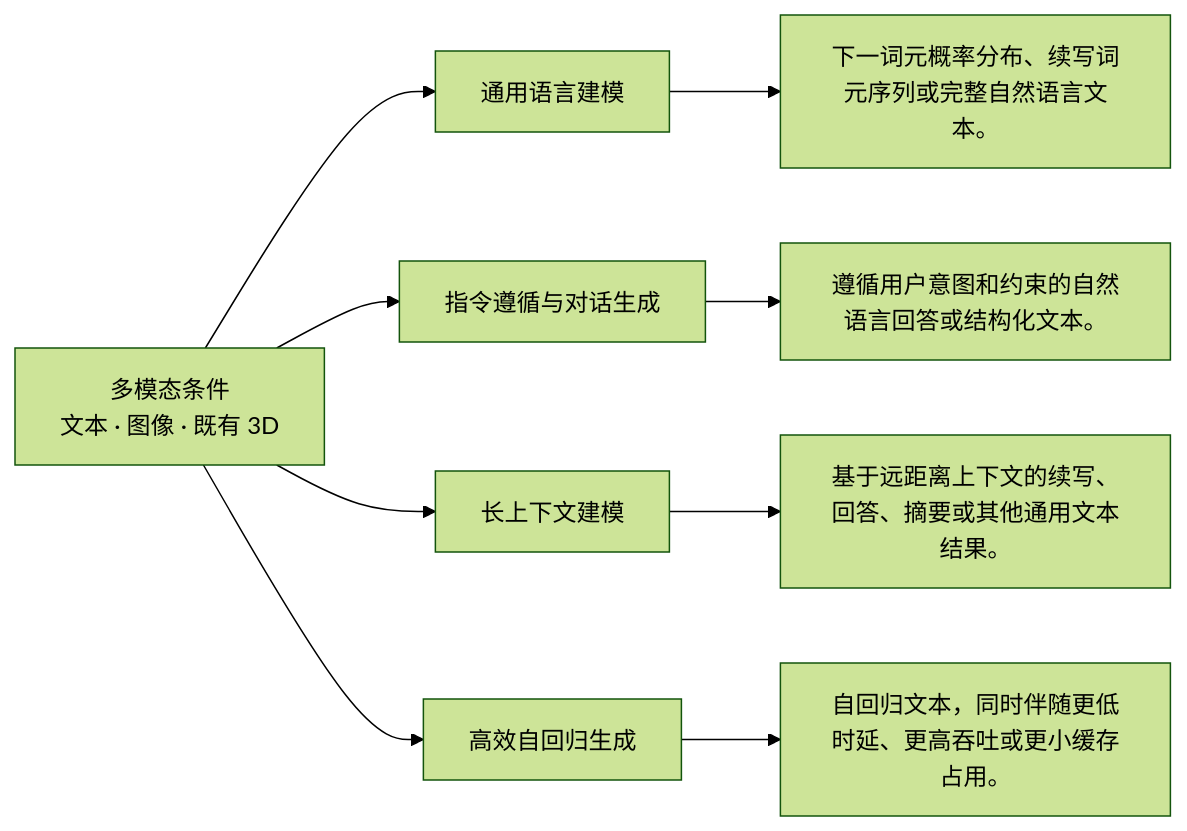
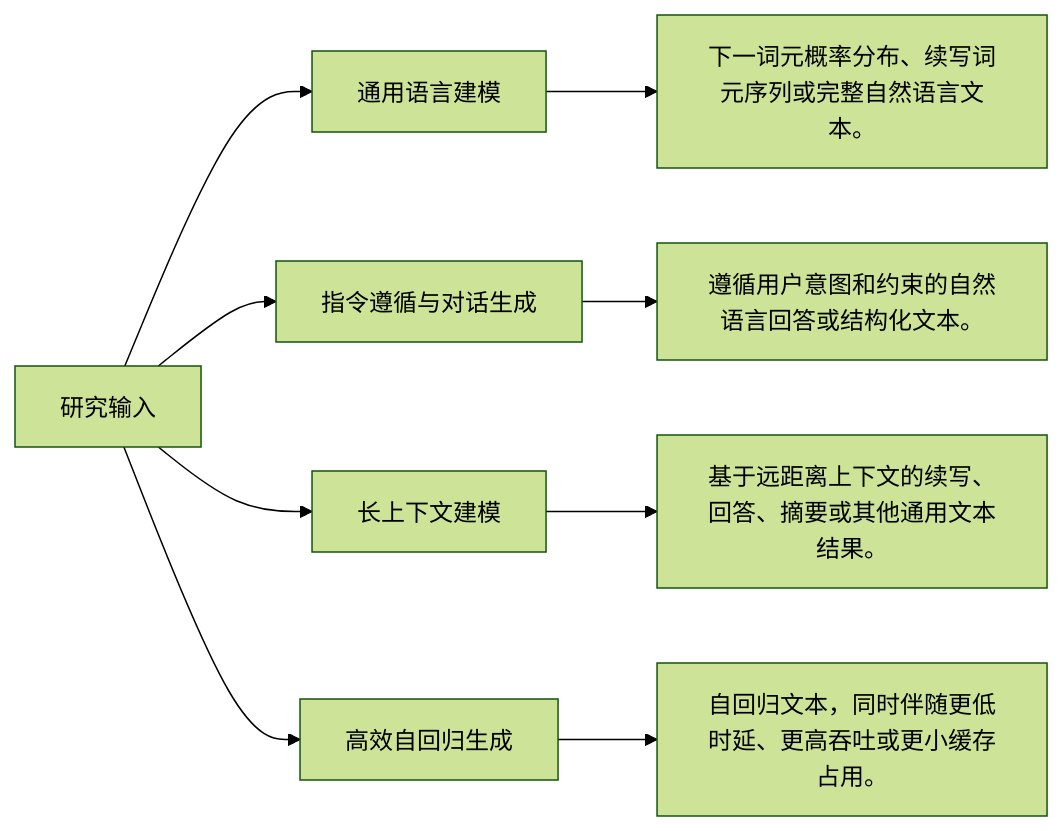
One commit to jinjianzhao/daily-papers changed the first of 11 diagrams in surveys/deepseek-main-llm-evolution-20261007/survey.md. Above: the diagram before and after it, drawn with Mermaid (forest theme). The commit also changed other lines of this file and 6 other files, not shown here.

````diff
--- a/surveys/deepseek-main-llm-evolution-20261007/survey.md
+++ b/surveys/deepseek-main-llm-evolution-20261007/survey.md
@@ -13,20 +13,20 @@
 ```mermaid
 flowchart LR
-  INPUT["多模态条件<br/>文本 · 图像 · 既有 3D"]
+  INPUT["研究输入"]
   T1["通用语言建模"]
   O1["下一词元概率分布、续写词元序列或完整自然语言文本。"]
   INPUT --> T1
   T1 --> O1
   T2["指令遵循与对话生成"]
   O2["遵循用户意图和约束的自然语言回答或结构化文本。"]
   INPUT --> T2
   T2 --> O2
   T3["长上下文建模"]
   O3["基于远距离上下文的续写、回答、摘要或其他通用文本结果。"]
   INPUT --> T3
   T3 --> O3
   T4["高效自回归生成"]
   O4["自回归文本，同时伴随更低时延、更高吞吐或更小缓存占用。"]
   INPUT --> T4
   T4 --> O4
 ```
````
